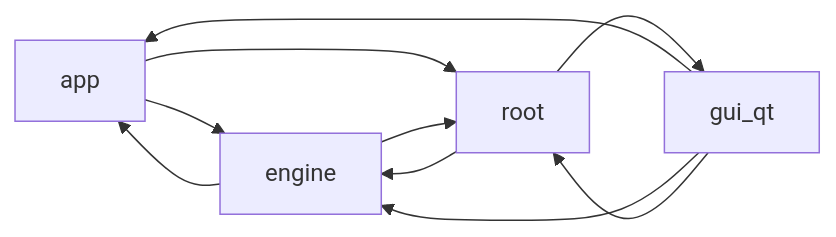
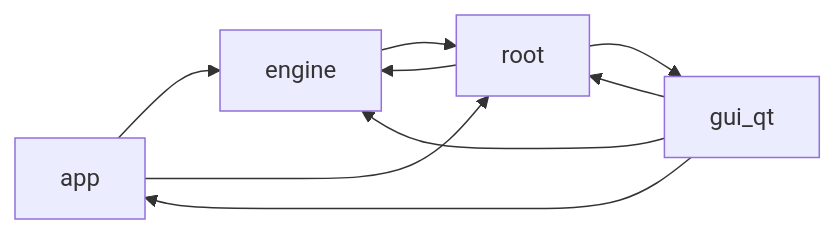
The diagram in docs/audit/maps/overview.md (tangentiallyqualified/NameScraper), drawn with Mermaid before and after one commit. The commit also changed other lines of this file and 12 other files, not shown here.

````diff
--- a/docs/audit/maps/overview.md
+++ b/docs/audit/maps/overview.md
@@ -8,16 +8,15 @@
 ```mermaid
 graph LR
     app
     engine
     gui_qt
     root
     app --> engine
     app --> root
-    engine --> app
     engine --> root
     gui_qt --> app
     gui_qt --> engine
     gui_qt --> root
     root --> engine
     root --> gui_qt
 ```
````
